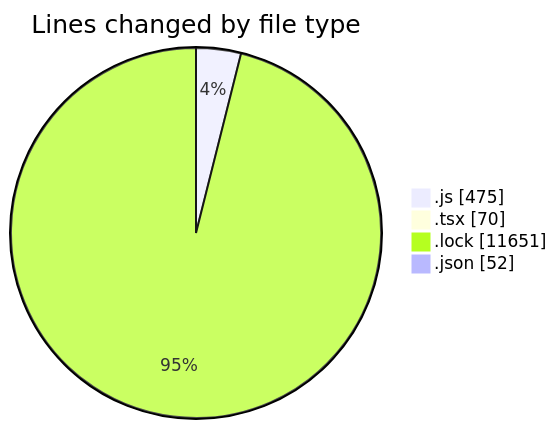
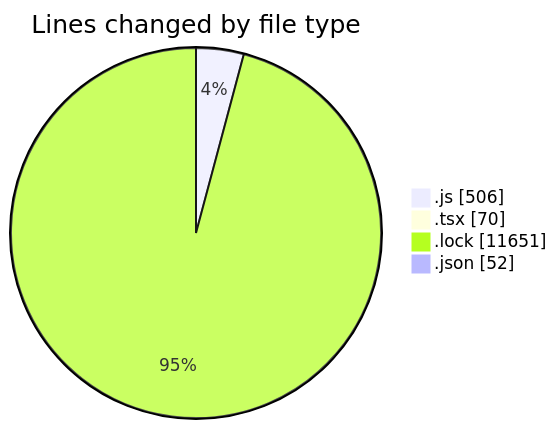
One commit to momahboobian/code-tracking changed the first of 2 diagrams in 2026-01-13/cda/README.md. Above: the diagram before and after it, drawn with Mermaid. The commit also changed other lines of this file and 1 other file, not shown here.

````diff
--- a/2026-01-13/cda/README.md
+++ b/2026-01-13/cda/README.md
@@ -24,8 +24,8 @@
 ```mermaid
 pie showData
 title Lines changed by file type
-".js" : 475
+".js" : 506
 ".tsx" : 70
 ".lock" : 11651
 ".json" : 52
 ```
````
